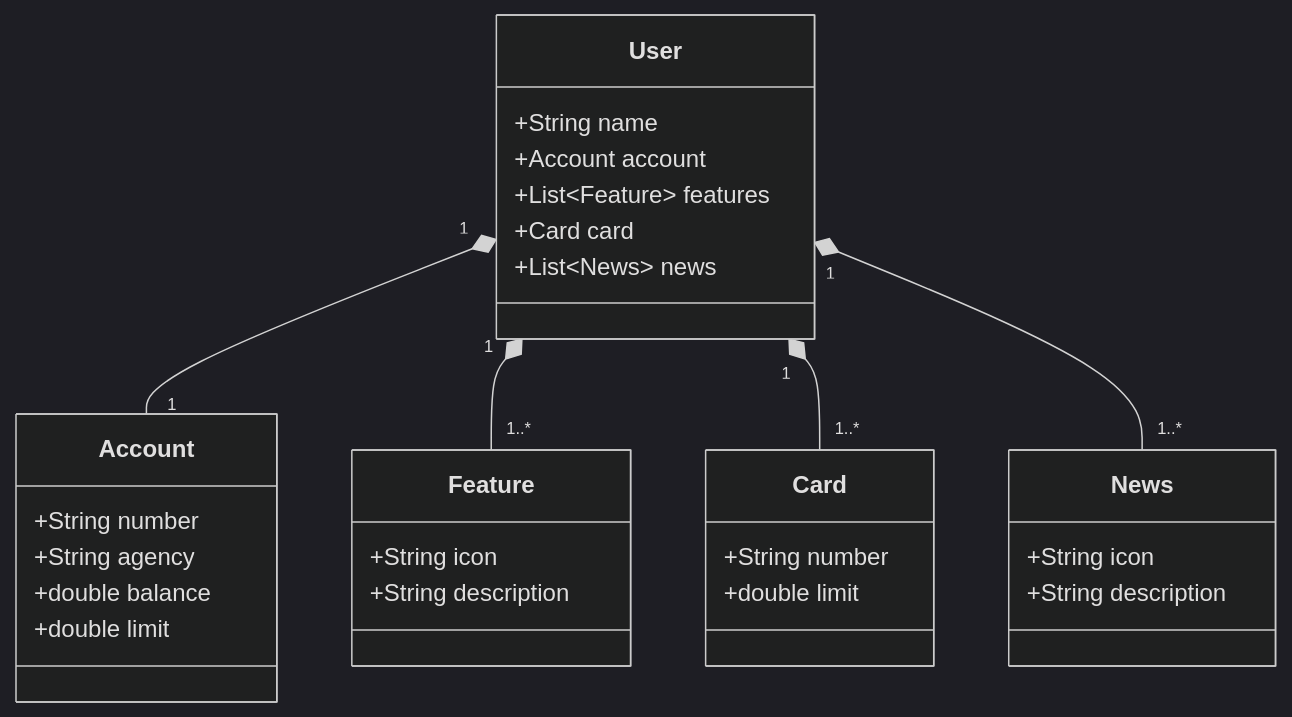
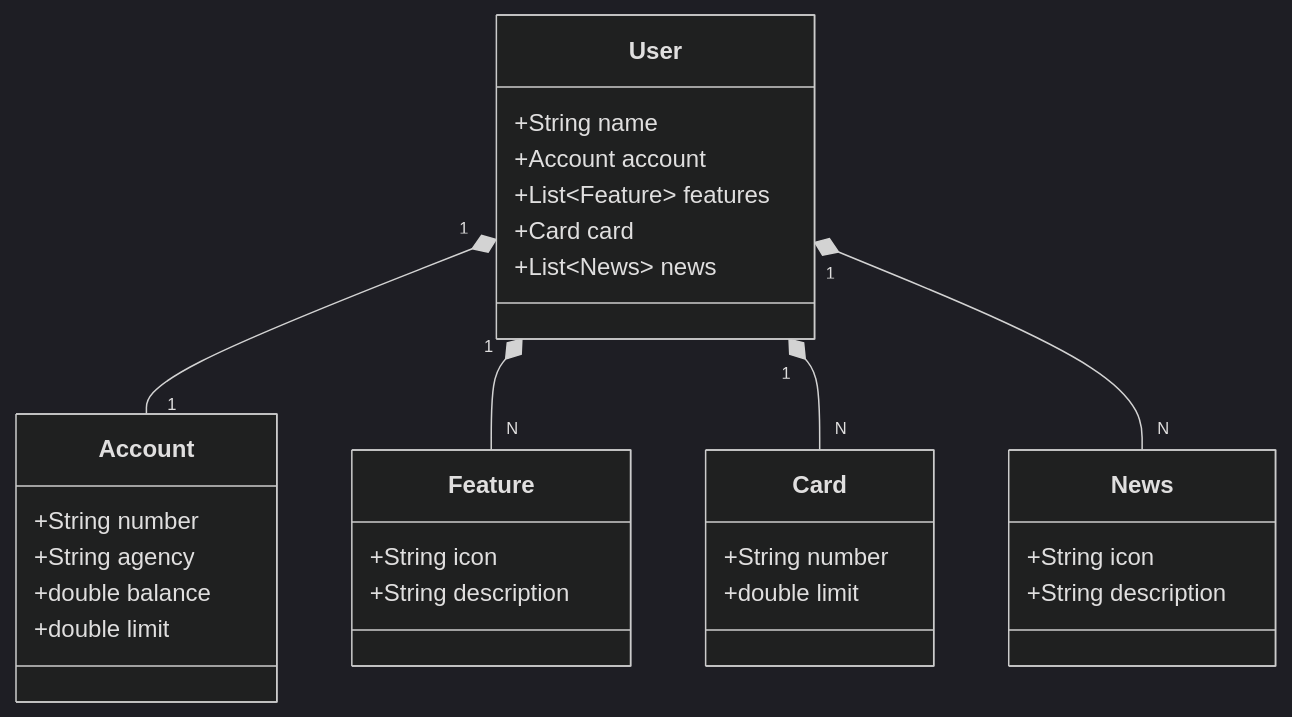
Before and after one commit to fabiansmelo/projeto-api-decolatech: the diagram in README.md, drawn with Mermaid (dark theme).

````diff
--- a/README.md
+++ b/README.md
@@ -5,37 +5,37 @@
 ```mermaid
 classDiagram
     class User {
         +String name
         +Account account
         +List~Feature~ features
         +Card card
         +List~News~ news
     }
 
     class Account {
         +String number
         +String agency
         +double balance
         +double limit
     }
 
     class Feature {
         +String icon
         +String description
     }
 
     class Card {
         +String number
         +double limit
     }
 
     class News {
         +String icon
         +String description
     }
 
     User "1" *-- "1" Account
-    User "1" *-- "1..*" Feature
-    User "1" *-- "1..*" Card
-    User "1" *-- "1..*" News
+    User "1" *-- "N" Feature
+    User "1" *-- "N" Card
+    User "1" *-- "N" News
 ```
````
